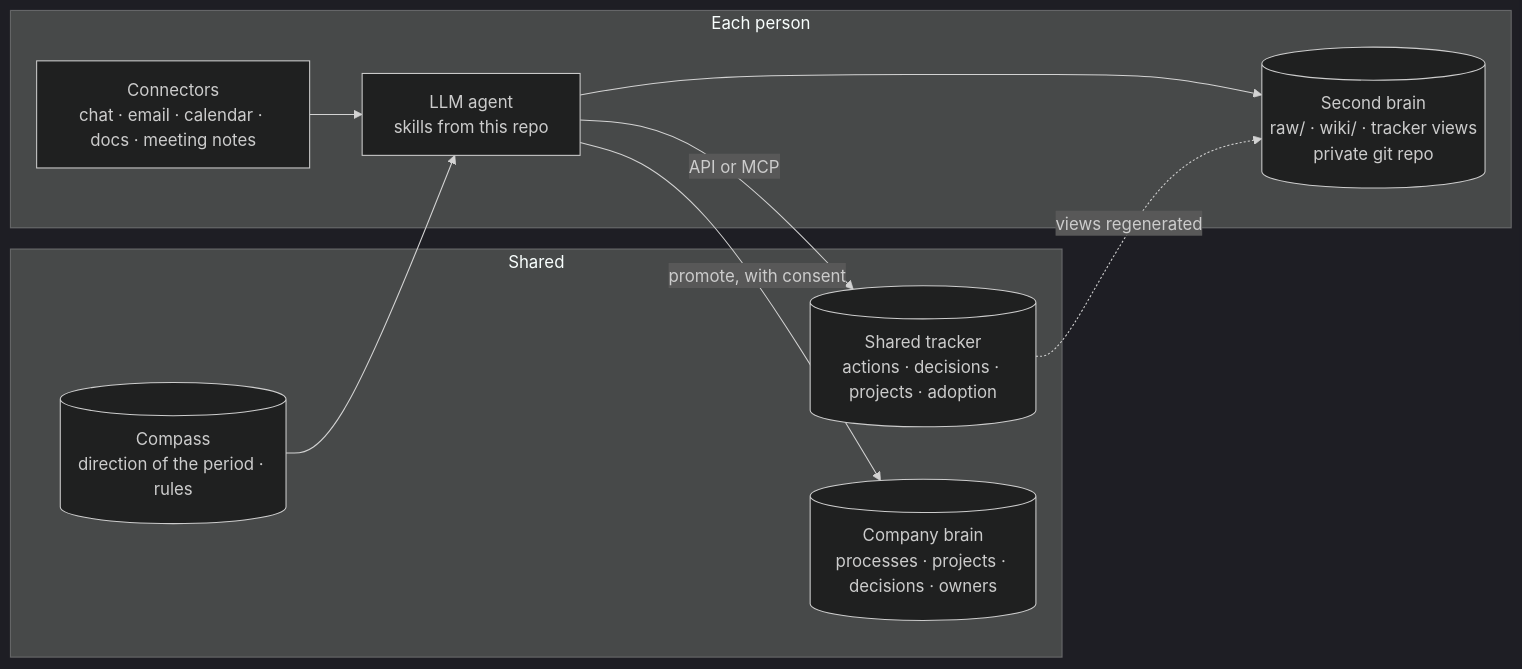
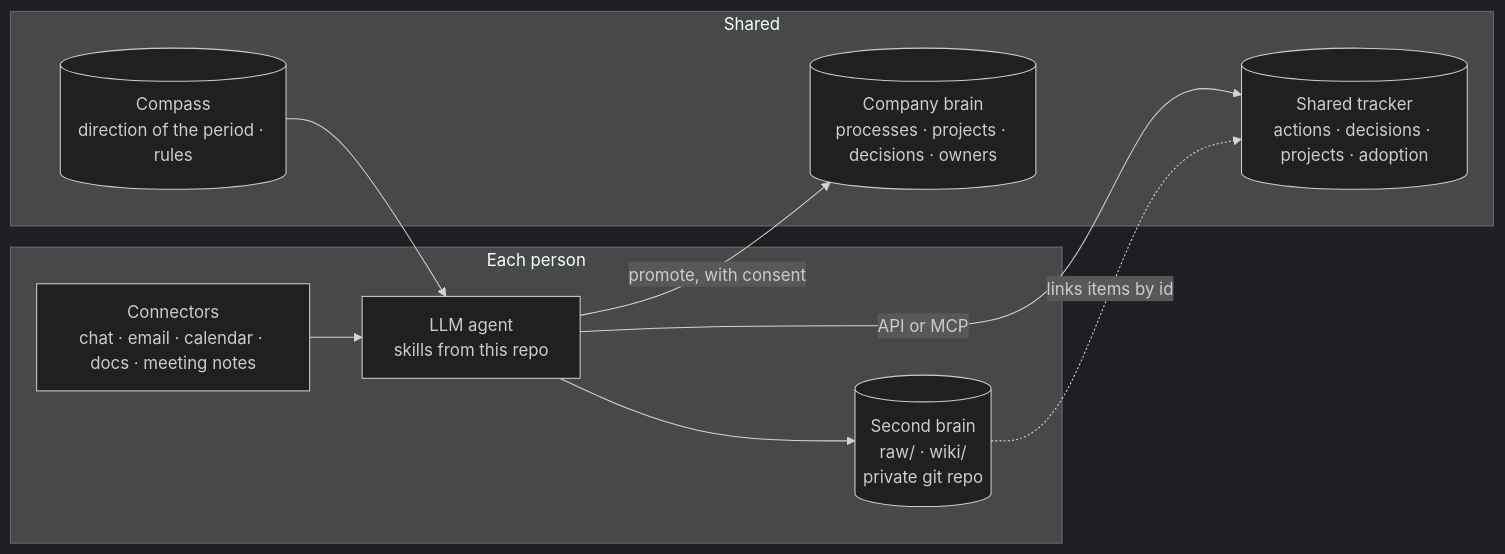
One commit to Estoca/inhouseos changed the diagram in README.md. Above: the diagram before and after it, drawn with Mermaid (dark theme). The commit also changed other lines of this file and 6 other files, not shown here.

````diff
--- a/README.md
+++ b/README.md
@@ -34,21 +34,21 @@
 ```mermaid
 flowchart LR
   subgraph Person["Each person"]
     Sources[Connectors<br/>chat · email · calendar · docs · meeting notes]
     Agent[LLM agent<br/>skills from this repo]
-    Brain[(Second brain<br/>raw/ · wiki/ · tracker views<br/>private git repo)]
+    Brain[(Second brain<br/>raw/ · wiki/<br/>private git repo)]
   end
 
   subgraph Company["Shared"]
     Tracker[(Shared tracker<br/>actions · decisions · projects · adoption)]
     CBrain[(Company brain<br/>processes · projects · decisions · owners)]
     Compass[(Compass<br/>direction of the period · rules)]
   end
 
   Sources --> Agent
   Agent --> Brain
   Agent -->|API or MCP| Tracker
   Agent -->|promote, with consent| CBrain
   Compass --> Agent
-  Tracker -.views regenerated.-> Brain
+  Brain -.links items by id.-> Tracker
 ```
````
